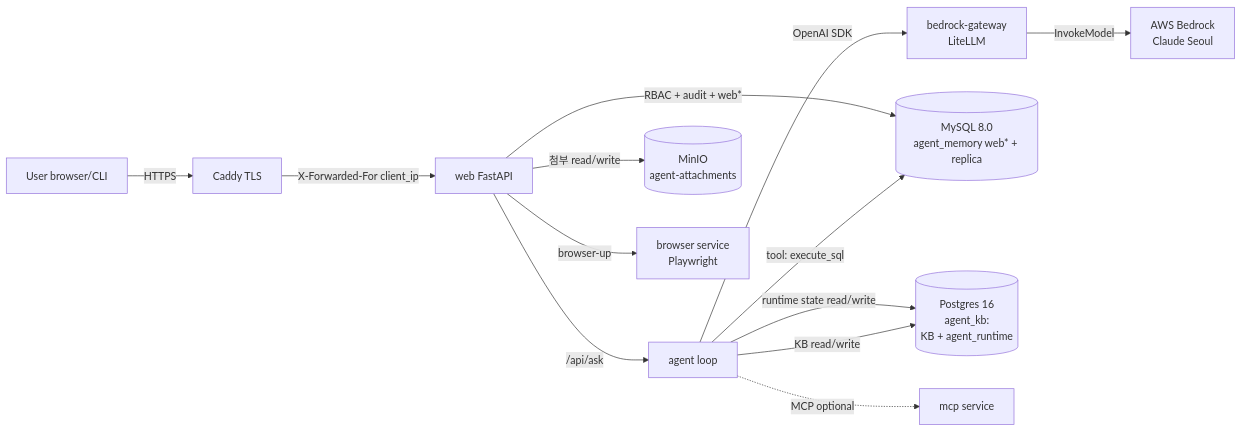
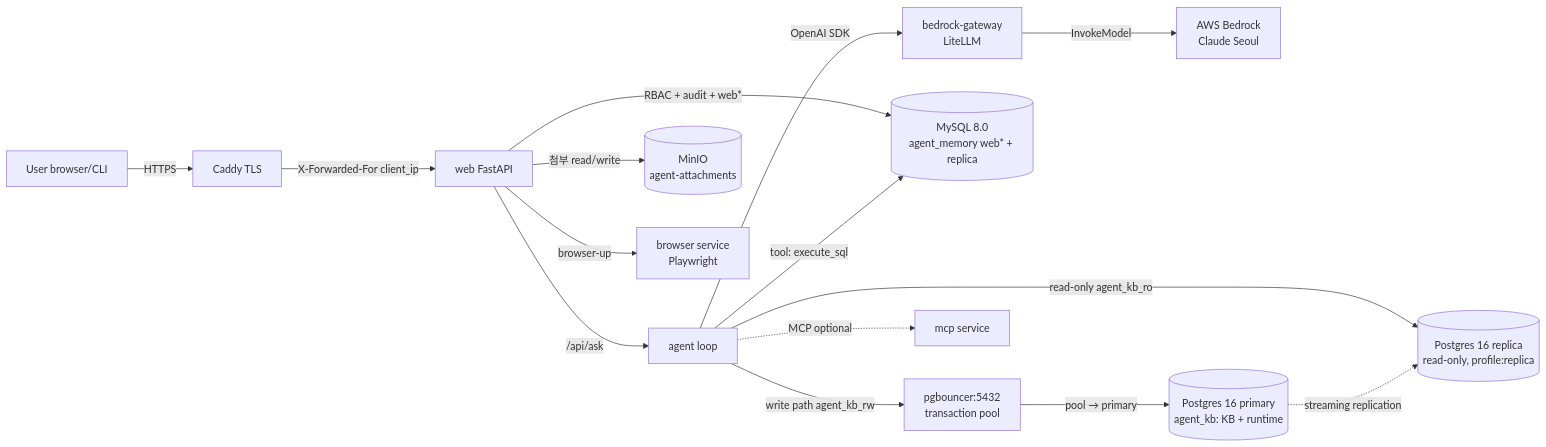
The diagram in wiki/Architecture/Data-Flow.md (msmckimgpt-tech/gstack_dba_ai_assistant), drawn with Mermaid before and after one commit. The commit also changed other lines of this file and 14 other files, not shown here.

First line of the commit message:
feat(feature-0002): TASK-0123 Postgres KB 성능 최적화 T1~T5 + PgBouncer/Replica 전체 활성화

````diff
--- a/wiki/Architecture/Data-Flow.md
+++ b/wiki/Architecture/Data-Flow.md
@@ -54,27 +54,31 @@
 ```mermaid
 flowchart LR
     user[User browser/CLI]
     caddy[Caddy TLS]
     web[web FastAPI]
     agent[agent loop]
     bedrock[bedrock-gateway<br/>LiteLLM]
     claude[AWS Bedrock<br/>Claude Seoul]
     mysql[(MySQL 8.0<br/>agent_memory web* + replica)]
-    pg[(Postgres 16<br/>agent_kb:<br/>KB + agent_runtime)]
+    pgb[pgbouncer:5432<br/>transaction pool]
+    pg[(Postgres 16 primary<br/>agent_kb: KB + runtime)]
+    pgr[(Postgres 16 replica<br/>read-only, profile:replica)]
     minio[(MinIO<br/>agent-attachments)]
     browser[browser service<br/>Playwright]
     mcp[mcp service]
 
     user -->|HTTPS| caddy
     caddy -->|X-Forwarded-For client_ip| web
     web -->|RBAC + audit + web*| mysql
     web -->|첨부 read/write| minio
     web -->|/api/ask| agent
     agent -->|OpenAI SDK| bedrock
     bedrock -->|InvokeModel| claude
-    agent -->|runtime state read/write| pg
-    agent -->|KB read/write| pg
+    agent -->|write path agent_kb_rw| pgb
+    pgb -->|pool → primary| pg
+    agent -->|read-only agent_kb_ro| pgr
+    pg -.->|streaming replication| pgr
     agent -->|tool: execute_sql| mysql
     web -->|browser-up| browser
     agent -.->|MCP optional| mcp
 ```
````
